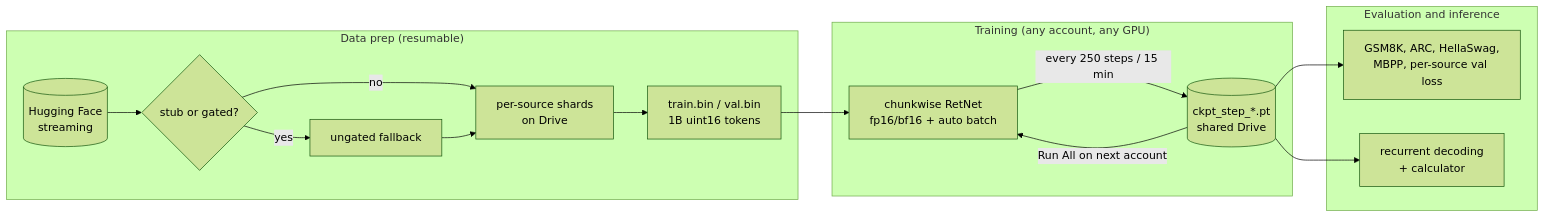
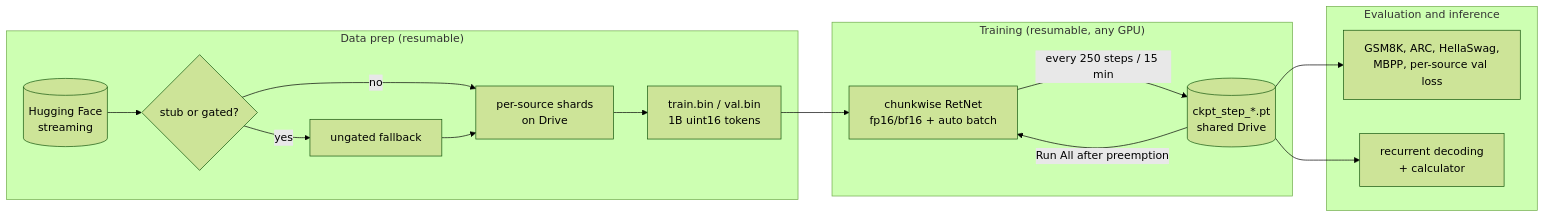
The diagram in README.md (prateekstark/retnet-300m), drawn with Mermaid (forest theme) before and after one commit. The commit also changed other lines of this file and 5 other files, not shown here.

First line of the commit message:
Describe training as single-GPU preemptible sessions

````diff
--- a/README.md
+++ b/README.md
@@ -35,18 +35,18 @@
 ```mermaid
 flowchart LR
     subgraph Data["Data prep (resumable)"]
         HF[(Hugging Face<br/>streaming)] --> Probe{stub or gated?}
         Probe -- no --> Shard[per-source shards<br/>on Drive]
         Probe -- yes --> FB[ungated fallback] --> Shard
         Shard --> Bin[train.bin / val.bin<br/>1B uint16 tokens]
     end
-    subgraph Train["Training (any account, any GPU)"]
+    subgraph Train["Training (resumable, any GPU)"]
         Bin --> Loop[chunkwise RetNet<br/>fp16/bf16 + auto batch]
         Loop -->|every 250 steps / 15 min| Ckpt[(ckpt_step_*.pt<br/>shared Drive)]
-        Ckpt -->|Run All on next account| Loop
+        Ckpt -->|Run All after preemption| Loop
     end
     subgraph Use["Evaluation and inference"]
         Ckpt --> Eval[GSM8K, ARC, HellaSwag,<br/>MBPP, per-source val loss]
         Ckpt --> Chat[recurrent decoding<br/>+ calculator]
     end
 ```
````
